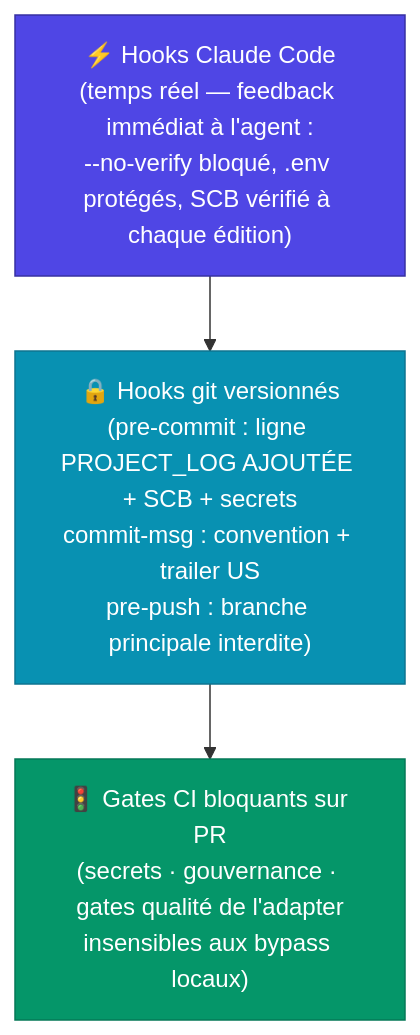
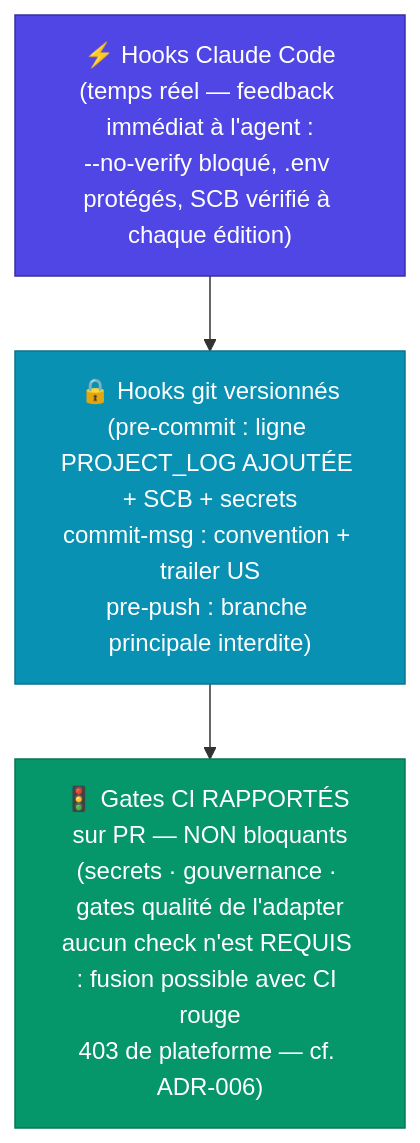
One commit to gitgdx/Concentration changed the first of 4 diagrams in docs/SQUAD_GUIDE.md. Above: the diagram before and after it, drawn with Mermaid. The commit also changed other lines of this file and 15 other files, not shown here.

````diff
--- a/docs/SQUAD_GUIDE.md
+++ b/docs/SQUAD_GUIDE.md
@@ -32,12 +42,12 @@
 ```mermaid
 graph TD
     A["⚡ Hooks Claude Code\n(temps réel — feedback immédiat à l'agent :\n--no-verify bloqué, .env protégés, SCB vérifié à chaque édition)"]
     B["🔒 Hooks git versionnés\n(pre-commit : ligne PROJECT_LOG AJOUTÉE + SCB + secrets\ncommit-msg : convention + trailer US\npre-push : branche principale interdite)"]
-    C["🚦 Gates CI bloquants sur PR\n(secrets · gouvernance · gates qualité de l'adapter\ninsensibles aux bypass locaux)"]
+    C["🚦 Gates CI RAPPORTÉS sur PR — NON bloquants\n(secrets · gouvernance · gates qualité de l'adapter\naucun check n'est REQUIS : fusion possible avec CI rouge\n403 de plateforme — cf. ADR-006)"]
 
     A --> B --> C
 
     style A fill:#4f46e5,color:#fff,stroke:#3730a3
     style B fill:#0891b2,color:#fff,stroke:#0e7490
     style C fill:#059669,color:#fff,stroke:#047857
 ```
````
